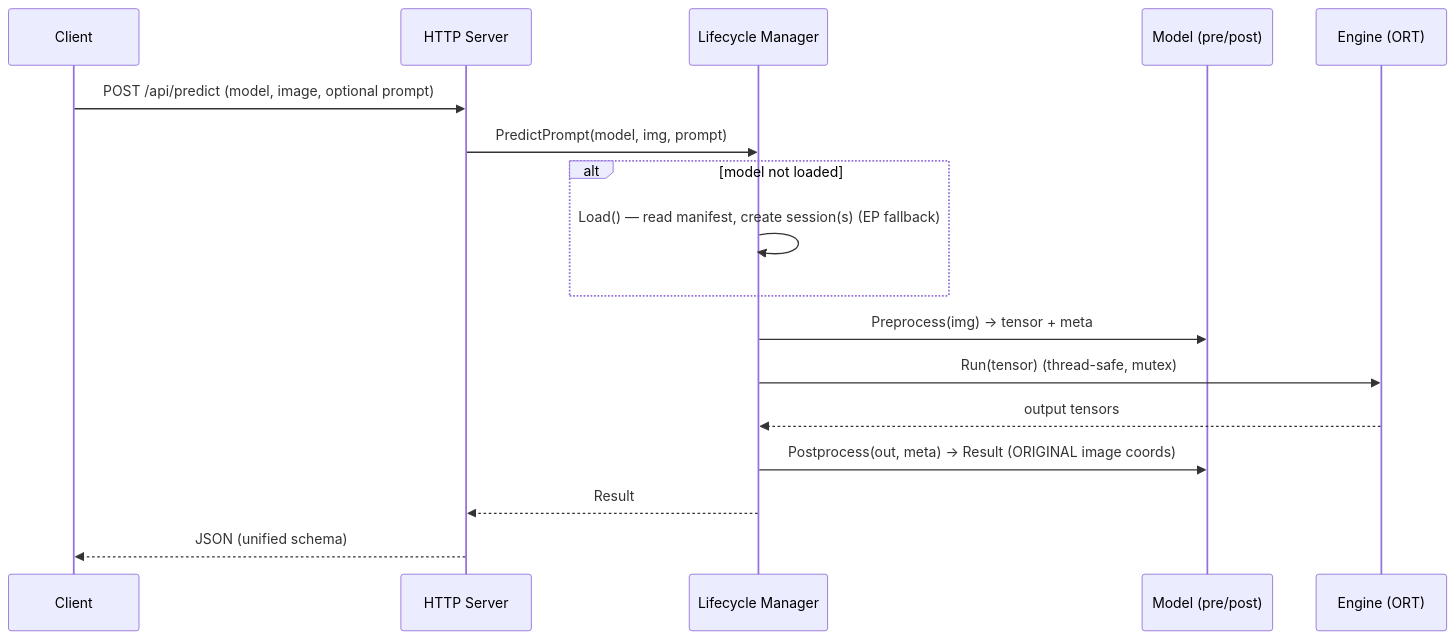
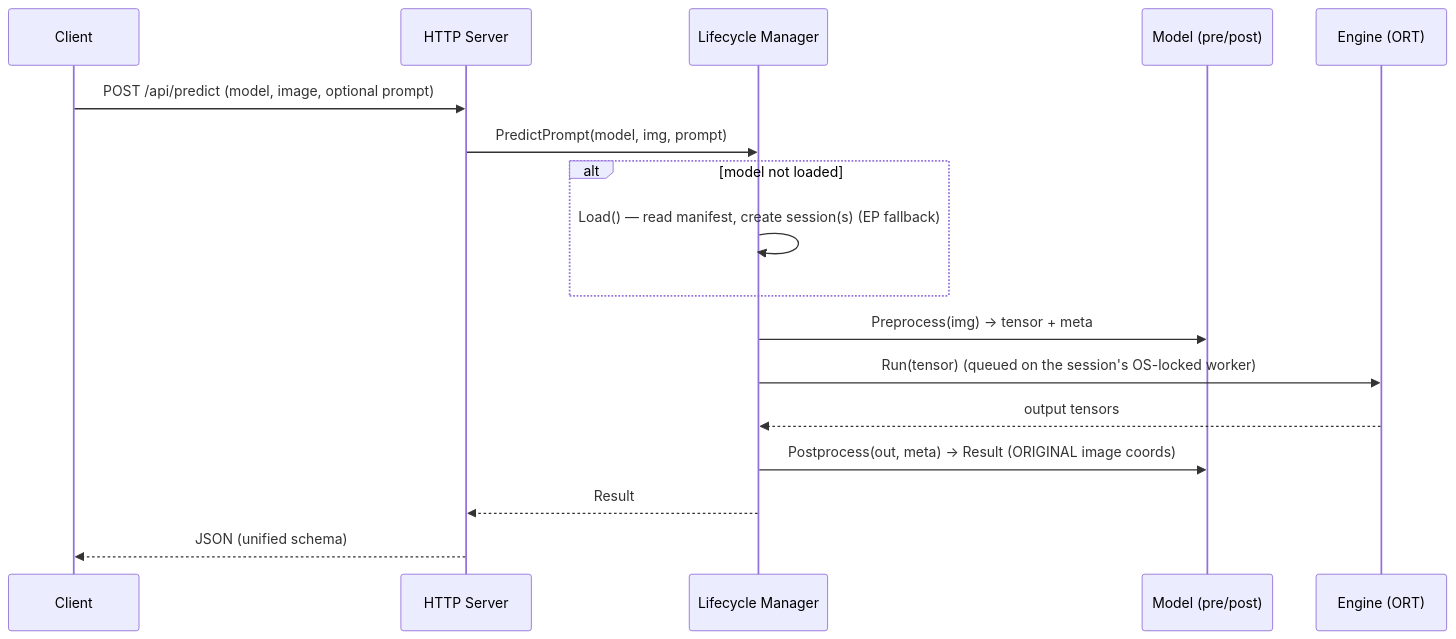
The second of 2 diagrams in docs/architecture.md (mtbui2010/vision_serve), drawn with Mermaid before and after one commit. The commit also changed other lines of this file and 18 other files, not shown here.

````diff
--- a/docs/architecture.md
+++ b/docs/architecture.md
@@ -29,20 +29,20 @@
 ```mermaid
 sequenceDiagram
     participant C as Client
     participant S as HTTP Server
     participant L as Lifecycle Manager
     participant M as Model (pre/post)
     participant E as Engine (ORT)
 
     C->>S: POST /api/predict (model, image, optional prompt)
     S->>L: PredictPrompt(model, img, prompt)
     alt model not loaded
         L->>L: Load() — read manifest, create session(s) (EP fallback)
     end
     L->>M: Preprocess(img) → tensor + meta
-    L->>E: Run(tensor)  (thread-safe, mutex)
+    L->>E: Run(tensor)  (queued on the session's OS-locked worker)
     E-->>L: output tensors
     L->>M: Postprocess(out, meta) → Result (ORIGINAL image coords)
     L-->>S: Result
     S-->>C: JSON (unified schema)
 ```
````
